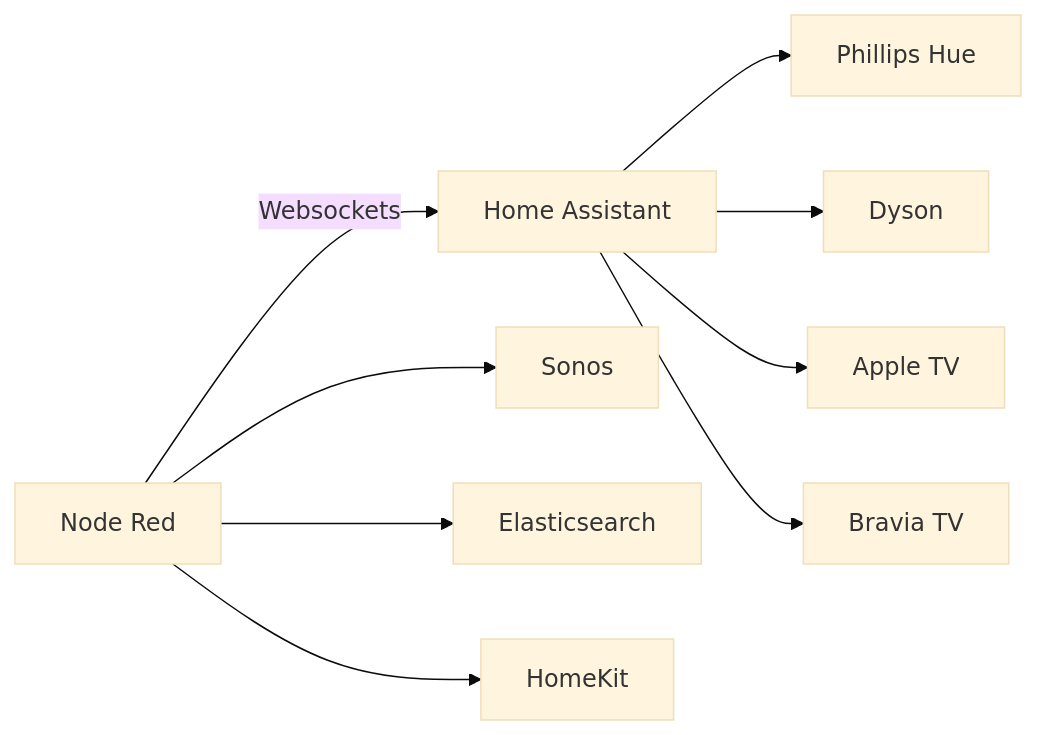
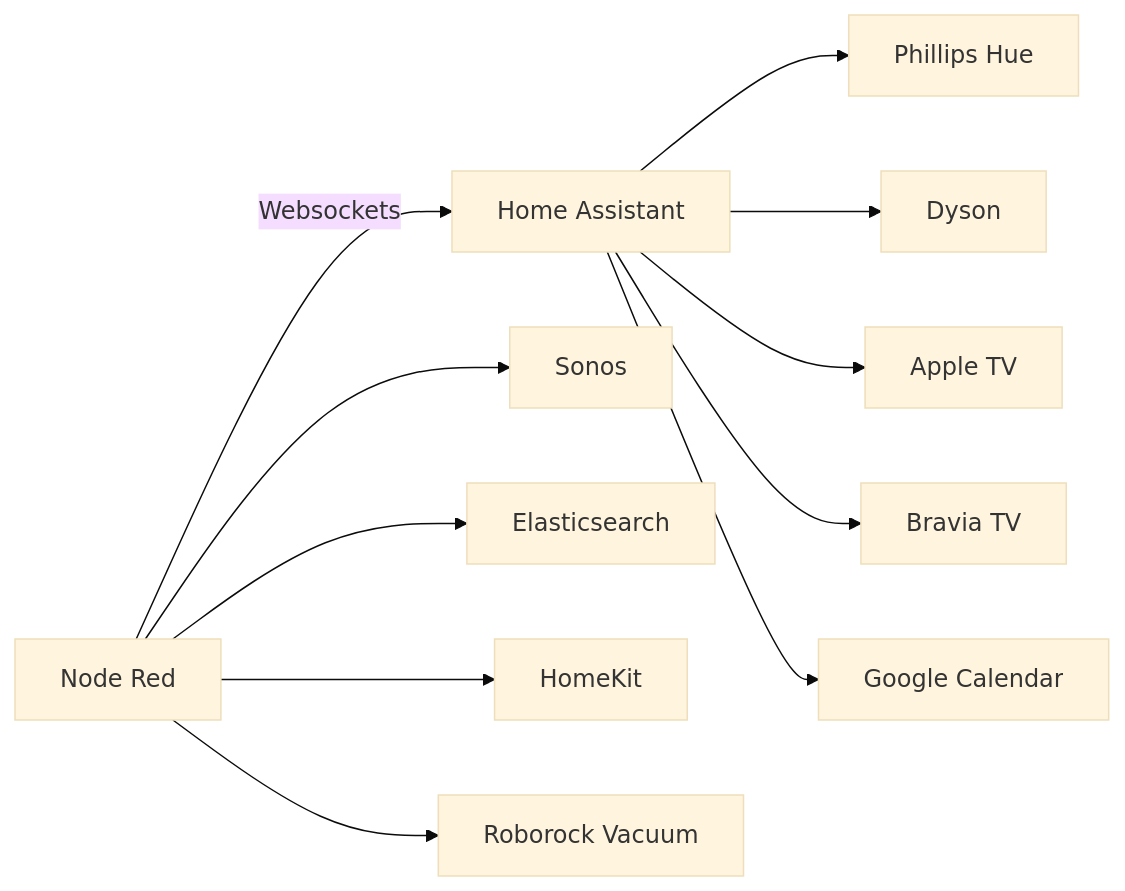
One commit to NickBorgers/node-red changed the diagram in README.md. Above: the diagram before and after it, drawn with Mermaid (base theme).

Commit message:
add a couple more integrations

````diff
--- a/README.md
+++ b/README.md
@@ -15,12 +15,14 @@
 ```mermaid
 flowchart LR
 
 A[Node Red] --> |Websockets| B[Home Assistant]
 A --> C[Sonos]
 A --> D[Elasticsearch]
 A --> G[HomeKit]
+A --> J[Roborock Vacuum]
 B --> E[Phillips Hue]
 B --> F[Dyson]
 B --> H[Apple TV]
 B --> I[Bravia TV]
+B --> K[Google Calendar]
 ```
````
